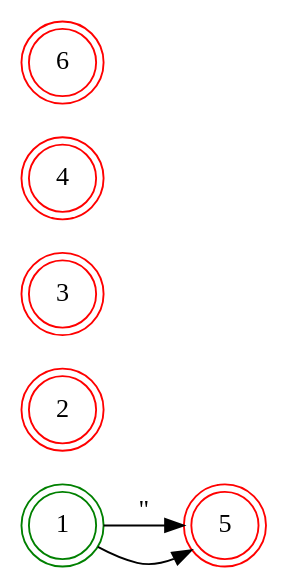
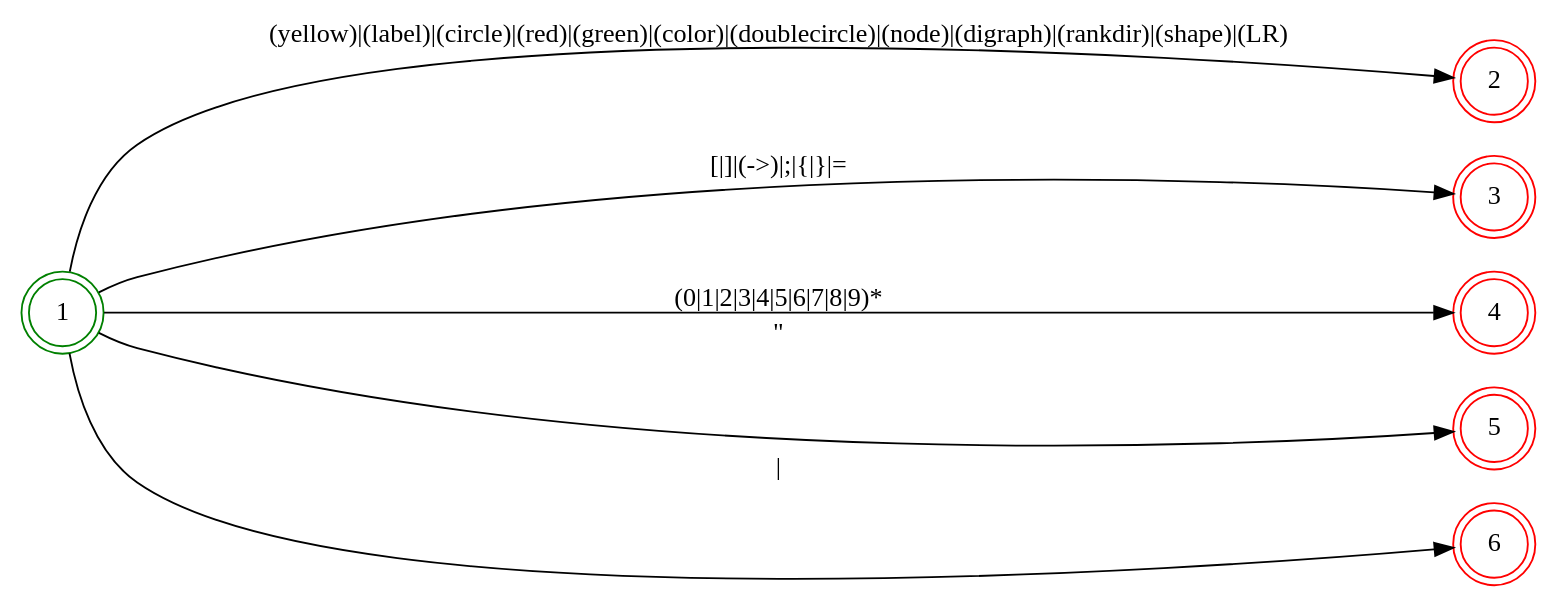
The diagram in scripts/lua/dot/NDF.dot (v012345/lua5.4.4), drawn with Graphviz before and after one commit. The commit also changed 2 other files, not shown here.

```diff
--- a/scripts/lua/dot/NDF.dot
+++ b/scripts/lua/dot/NDF.dot
@@ -1,13 +1,16 @@
 digraph NDF {
     rankdir = LR;
     node [shape = doublecircle;];
     1 [color = green;];
     2 [color = red;];
     3 [color = red;];
     4 [color = red;];
     5 [color = red;];
     6 [color = red;];
     node [shape = circle;];
+    1 -> 2 [label = "(yellow)|(label)|(circle)|(red)|(green)|(color)|(doublecircle)|(node)|(digraph)|(rankdir)|(shape)|(LR)";];
+    1 -> 3 [label = "[|]|(->)|;|{|}|=";];
+    1 -> 4 [label = "(0|1|2|3|4|5|6|7|8|9)*";];
     1 -> 5 [label = "\"";];
-    1 -> 5 [label = "\n";];
+    1 -> 6 [label = " |\n";];
 }
```
